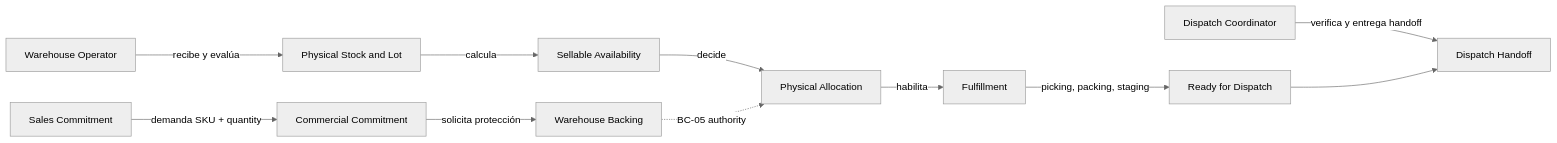
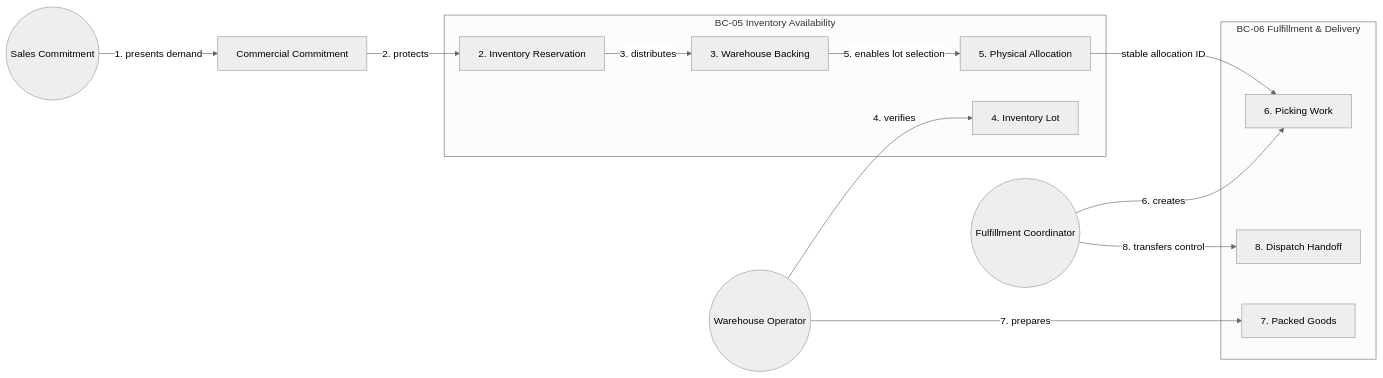
Before and after one commit to nexa-suite/mobile-report: the third of 5 diagrams in report/02-requirements-and-software-solution-design/2.5-strategic-level-domain-driven-design/2.5.1-eventstorming/2.5.1.2-domain-message-flows-modeling.md, drawn with Mermaid (neutral theme). The commit also changed other lines of this file and 41 other files, not shown here.

````diff
--- a/report/02-requirements-and-software-solution-design/2.5-strategic-level-domain-driven-design/2.5.1-eventstorming/2.5.1.2-domain-message-flows-modeling.md
+++ b/report/02-requirements-and-software-solution-design/2.5-strategic-level-domain-driven-design/2.5.1-eventstorming/2.5.1.2-domain-message-flows-modeling.md
@@ -127,13 +141,23 @@
-~~~mermaid
+```mermaid
 flowchart LR
-  warehouse["Warehouse Operator"] -->|recibe y evalúa| stock["Physical Stock and Lot"]
-  stock -->|calcula| availability["Sellable Availability"]
-  sales["Sales Commitment"] -->|demanda SKU + quantity| demand["Commercial Commitment"]
-  demand -->|solicita protección| backing["Warehouse Backing"]
-  availability -->|decide| allocation["Physical Allocation"]
-  allocation -->|habilita| fulfillment["Fulfillment"]
-  fulfillment -->|picking, packing, staging| ready["Ready for Dispatch"]
-  dispatch["Dispatch Coordinator"] -->|verifica y entrega handoff| handoff["Dispatch Handoff"]
-  ready --> handoff
-  backing -.->|BC-05 authority| allocation
-~~~
+  sales((Sales Commitment)) -->|1. presents demand| commitment[Commercial Commitment]
+  subgraph availability["BC-05 Inventory Availability"]
+    reservation[2. Inventory Reservation]
+    backing[3. Warehouse Backing]
+    lot[4. Inventory Lot]
+    allocation[5. Physical Allocation]
+  end
+  operator((Warehouse Operator)) -->|4. verifies| lot
+  commitment -->|2. protects| reservation
+  reservation -->|3. distributes| backing
+  backing -->|5. enables lot selection| allocation
+  subgraph fulfillment["BC-06 Fulfillment & Delivery"]
+    picking[6. Picking Work]
+    packed[7. Packed Goods]
+    handoff[8. Dispatch Handoff]
+  end
+  coordinator((Fulfillment Coordinator)) -->|6. creates| picking
+  allocation -->|stable allocation ID| picking
+  operator -->|7. prepares| packed
+  coordinator -->|8. transfers control| handoff
+```
````
